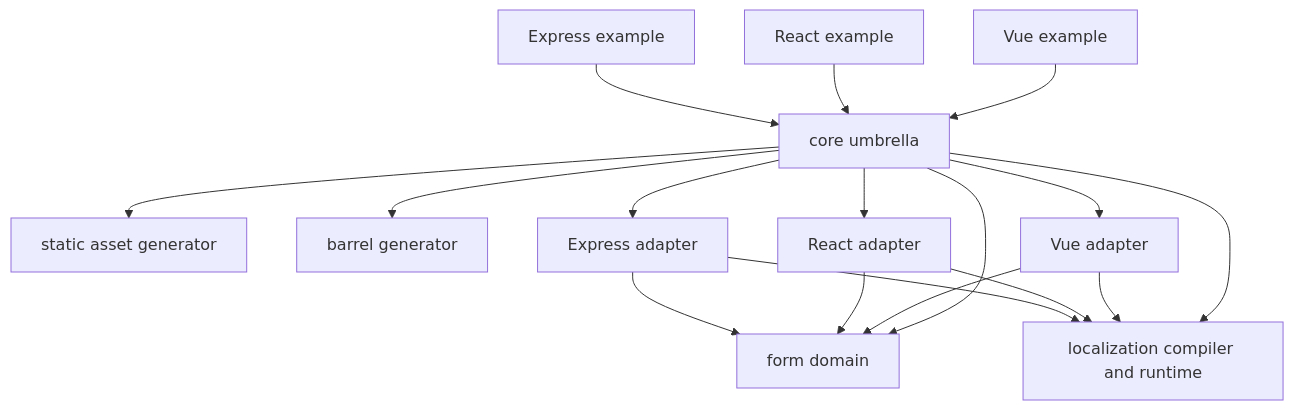
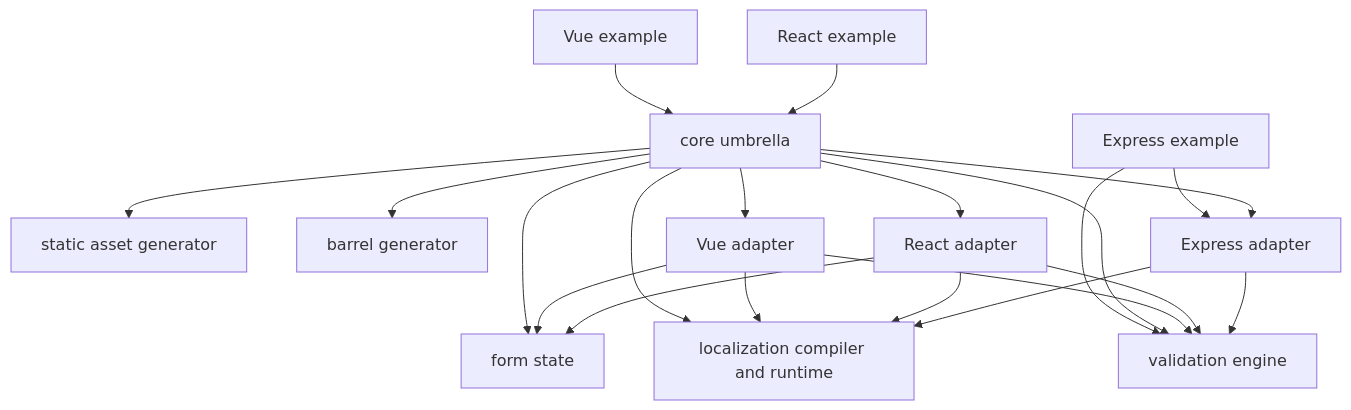
The diagram in docs/architecture.md (alpinnz/valfuse-node), drawn with Mermaid before and after one commit. The commit also changed other lines of this file and 109 other files, not shown here.

````diff
--- a/docs/architecture.md
+++ b/docs/architecture.md
@@ -27,31 +28,36 @@
 ```mermaid
 flowchart TD
-  form[form domain]
+  form[form state]
+  validation[validation engine]
   assets[static asset generator]
   barrel[barrel generator]
   localization[localization compiler and runtime]
   express[Express adapter]
   react[React adapter]
   vue[Vue adapter]
   core[core umbrella]
   expressExample[Express example]
   reactExample[React example]
   vueExample[Vue example]
 
-  express --> form
+  express --> validation
   express --> localization
   react --> form
+  react --> validation
   react --> localization
   vue --> form
+  vue --> validation
   vue --> localization
   core --> form
+  core --> validation
   core --> localization
   core --> assets
   core --> barrel
   core --> express
   core --> react
   core --> vue
-  expressExample --> core
+  expressExample --> express
+  expressExample --> validation
   reactExample --> core
   vueExample --> core
 ```
````
